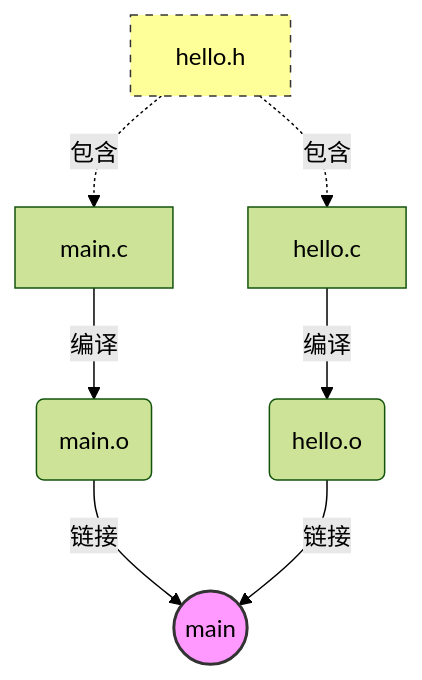
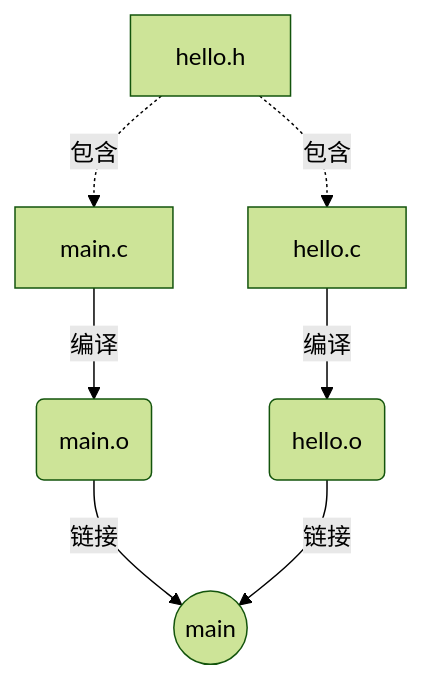
One commit to dmjcb/dmjcb.github.io changed the diagram in _posts/c_c++/build_tool/makefile/2021-11-11-makefile使用.md. Above: the diagram before and after it, drawn with Mermaid (forest theme). The commit also changed other lines of this file and 16 other files, not shown here.

````diff
--- a/_posts/c_c++/build_tool/makefile/2021-11-11-makefile使用.md
+++ b/_posts/c_c++/build_tool/makefile/2021-11-11-makefile使用.md
@@ -154,13 +154,10 @@
 ```mermaid
 graph TD
     A[main.c] -->|编译| C(main.o)
     B[hello.c] -->|编译| D(hello.o)
     H[hello.h] -.->|包含| A
     H -.->|包含| B
     
     C -->|链接| E((main))
     D -->|链接| E
-    
-    style E fill:#f9f,stroke:#333,stroke-width:2px
-    style H fill:#ff9,stroke:#333,stroke-width:1px,stroke-dasharray: 5 5
 ```
````
